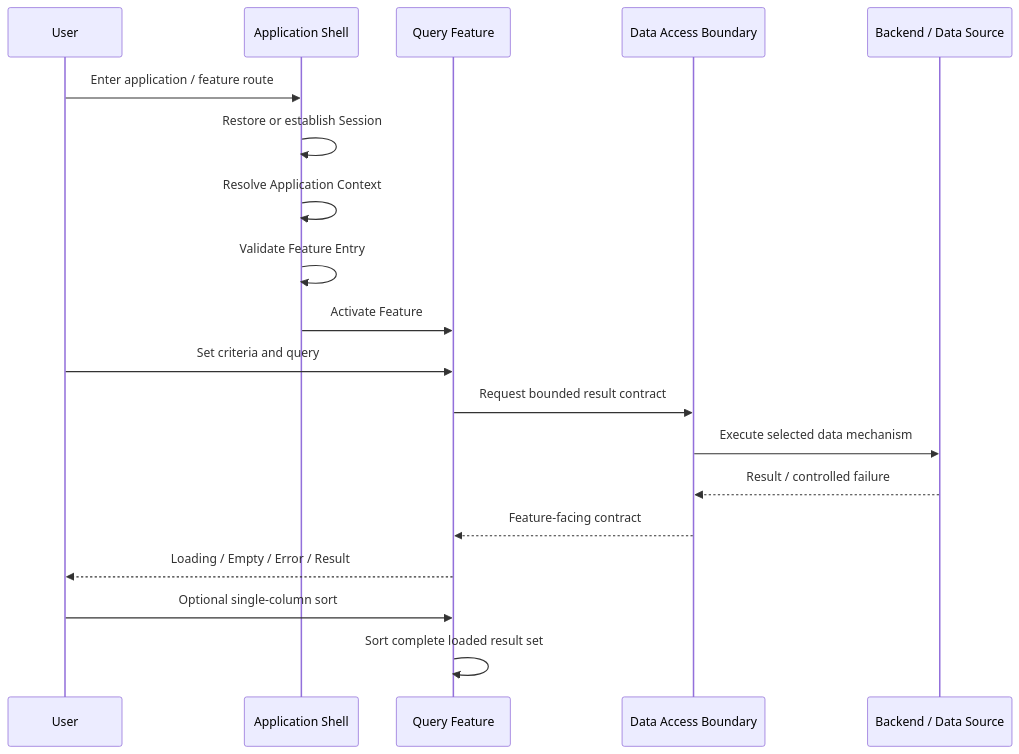
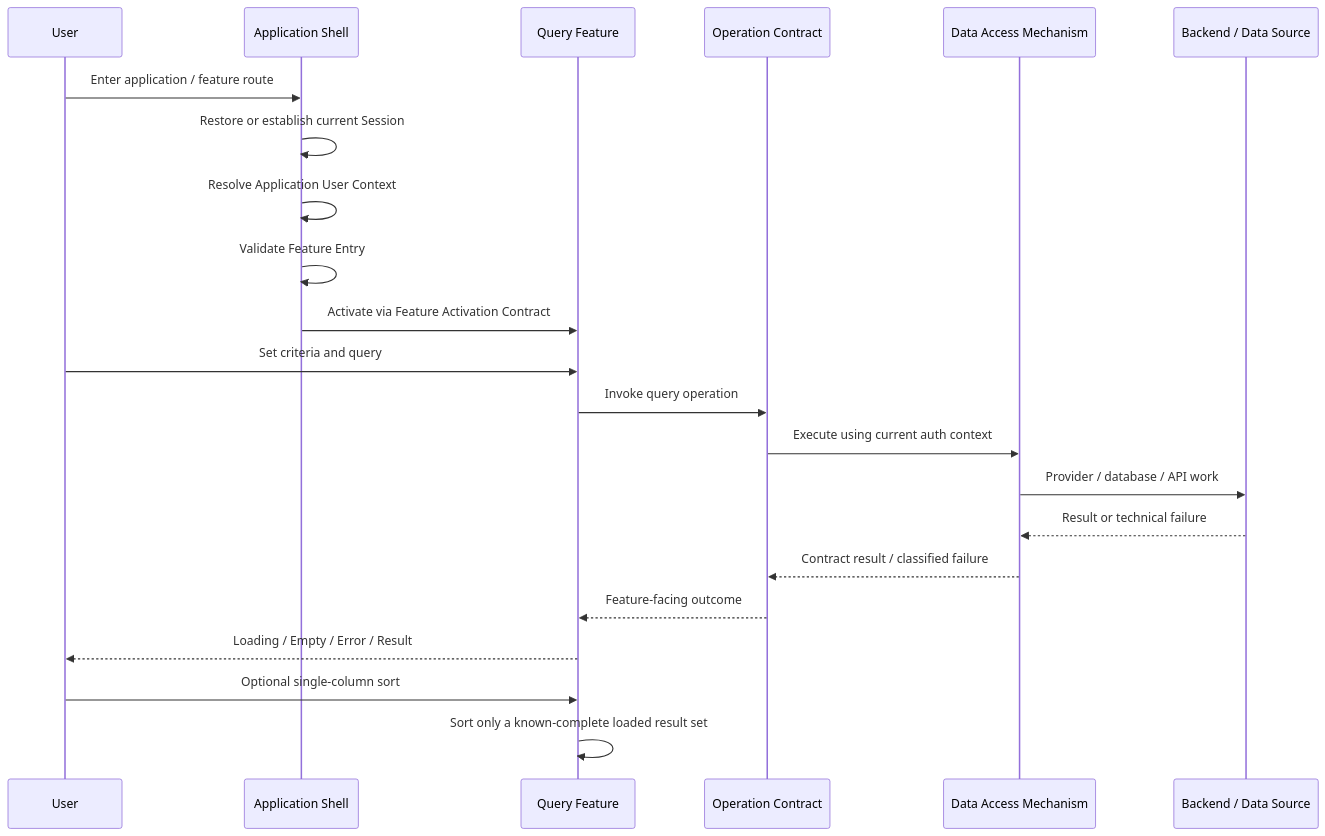
One commit to claire-nook/ai-playground changed the third of 3 diagrams in knowledge/platform/application-platform-architecture.md. Above: the diagram before and after it, drawn with Mermaid. The commit also changed other lines of this file, not shown here.

Commit message:
docs: revise general platform architecture after adversarial review

````diff
--- a/knowledge/platform/application-platform-architecture.md
+++ b/knowledge/platform/application-platform-architecture.md
@@ -225,22 +343,25 @@
 ```mermaid
 sequenceDiagram
     participant U as User
     participant S as Application Shell
     participant F as Query Feature
-    participant D as Data Access Boundary
+    participant O as Operation Contract
+    participant M as Data Access Mechanism
     participant B as Backend / Data Source
 
     U->>S: Enter application / feature route
-    S->>S: Restore or establish Session
-    S->>S: Resolve Application Context
+    S->>S: Restore or establish current Session
+    S->>S: Resolve Application User Context
     S->>S: Validate Feature Entry
-    S->>F: Activate Feature
+    S->>F: Activate via Feature Activation Contract
     U->>F: Set criteria and query
-    F->>D: Request bounded result contract
-    D->>B: Execute selected data mechanism
-    B-->>D: Result / controlled failure
-    D-->>F: Feature-facing contract
+    F->>O: Invoke query operation
+    O->>M: Execute using current auth context
+    M->>B: Provider / database / API work
+    B-->>M: Result or technical failure
+    M-->>O: Contract result / classified failure
+    O-->>F: Feature-facing outcome
     F-->>U: Loading / Empty / Error / Result
     U->>F: Optional single-column sort
-    F->>F: Sort complete loaded result set
+    F->>F: Sort only a known-complete loaded result set
 ```
````
